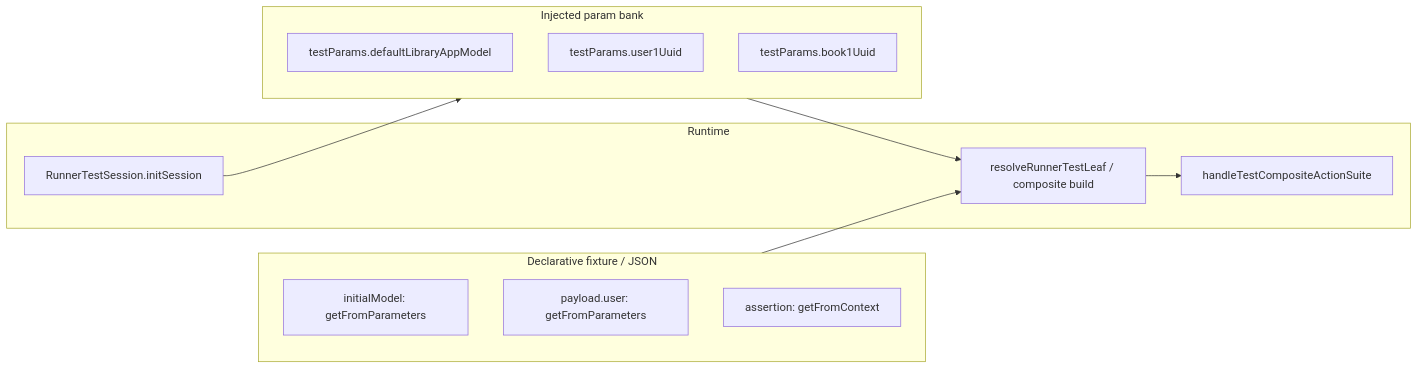
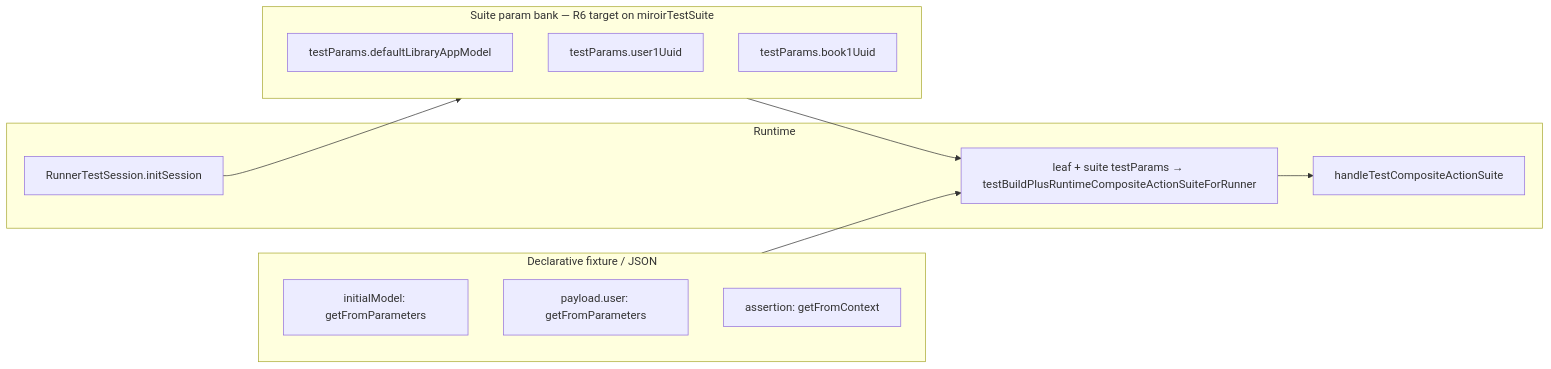
The third of 4 diagrams in code-helpers/features/197-FEATURE- run integration tests in the UI/plan.md (miroir-framework/miroir), drawn with Mermaid before and after one commit. The commit also changed other lines of this file and 7 other files, not shown here.

Commit message:
#197 FEATURE: run integration tests in the UI. Added R-5, R6 to plan, cleaning-up runnerTestFixtures (partial)

````diff
--- a/code-helpers/features/197-FEATURE- run integration tests in the UI/plan.md
+++ b/code-helpers/features/197-FEATURE- run integration tests in the UI/plan.md
@@ -516,25 +516,25 @@
 ```mermaid
 flowchart LR
-  subgraph env [Injected param bank]
+  subgraph env [Suite param bank — R6 target on miroirTestSuite]
     P[testParams.defaultLibraryAppModel]
     P2[testParams.user1Uuid]
     P3[testParams.book1Uuid]
   end
 
   subgraph fixture [Declarative fixture / JSON]
     T1["initialModel: getFromParameters"]
     T2["payload.user: getFromParameters"]
     C1["assertion: getFromContext"]
   end
 
   subgraph run [Runtime]
     ORCH[RunnerTestSession.initSession]
-    RESOLVE[resolveRunnerTestLeaf / composite build]
+    RESOLVE[leaf + suite testParams → testBuildPlusRuntimeCompositeActionSuiteForRunner]
     SUITE[handleTestCompositeActionSuite]
   end
 
   ORCH --> env
   env --> RESOLVE
   fixture --> RESOLVE
   RESOLVE --> SUITE
 ```
````
